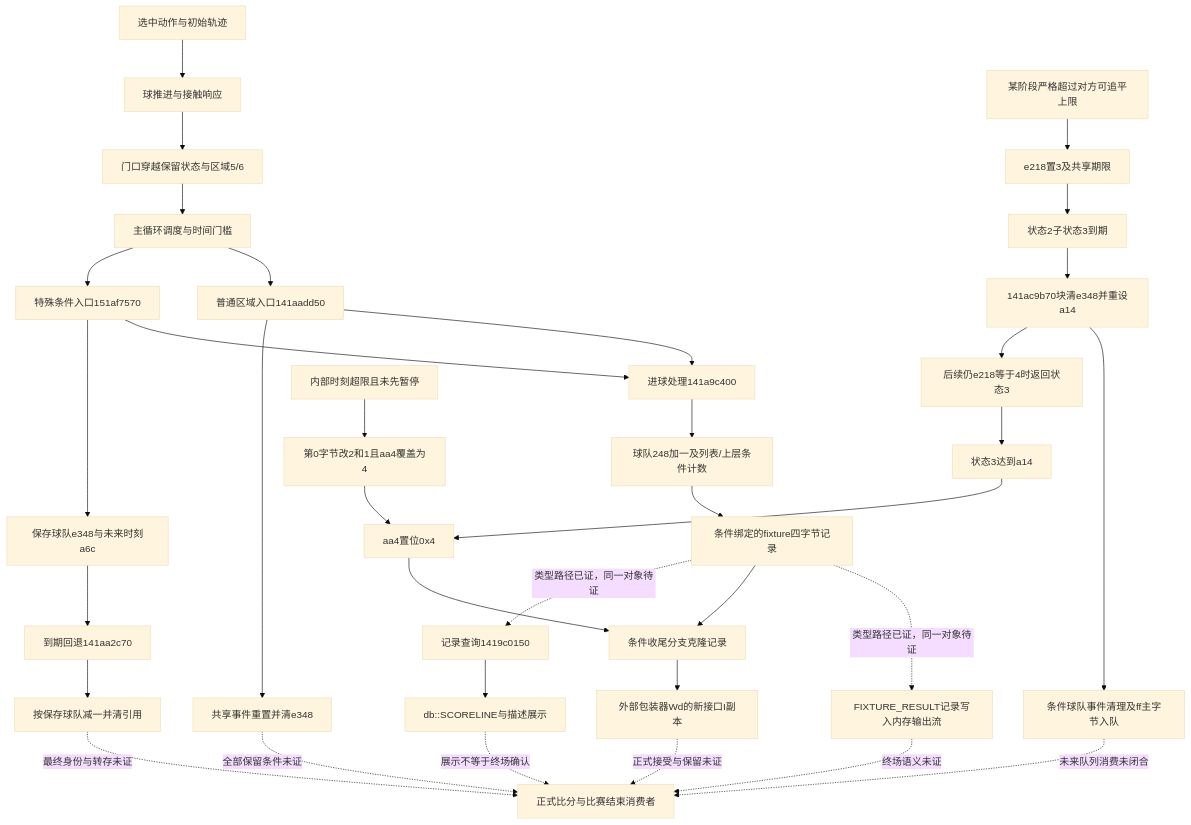
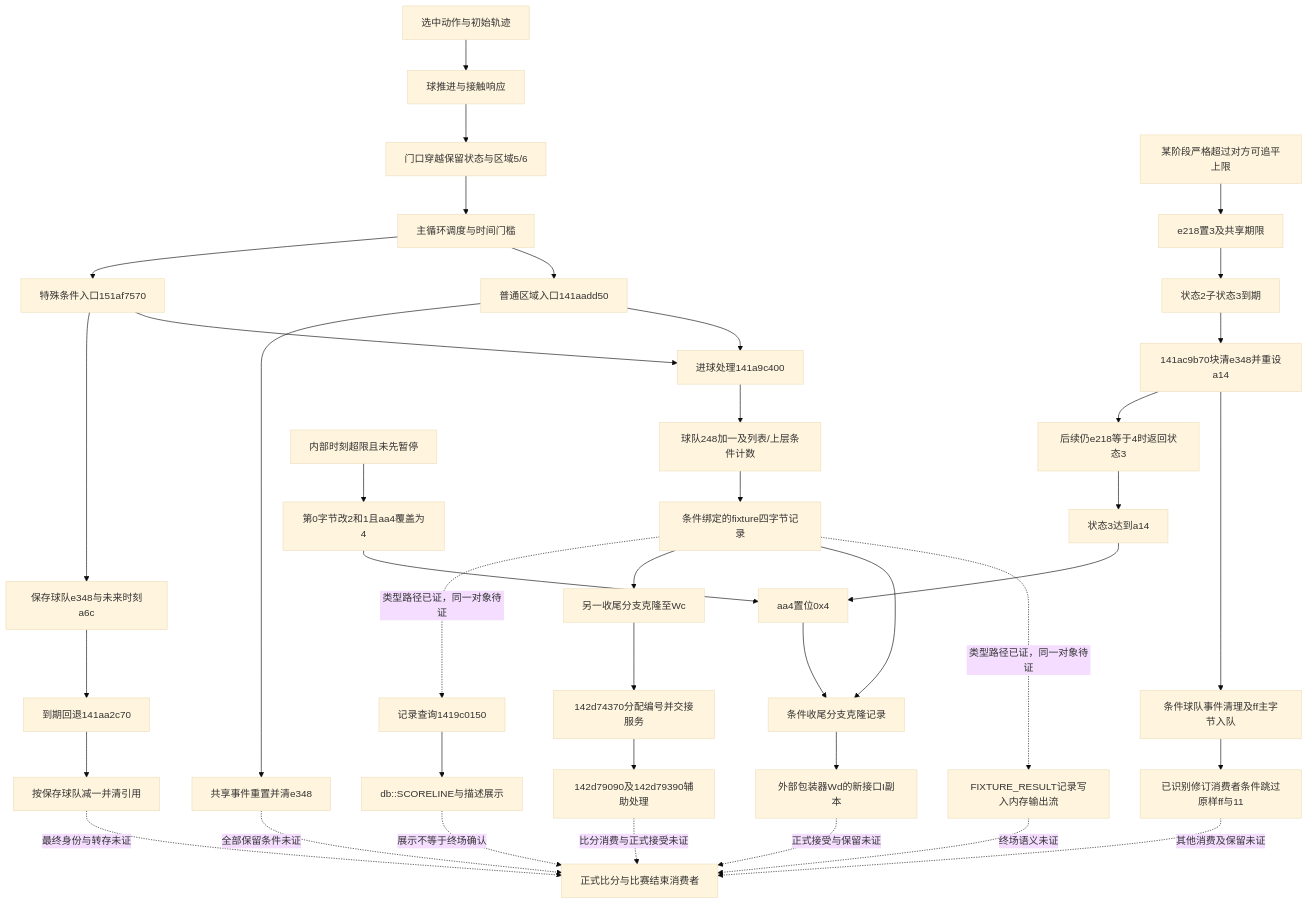
The diagram in RESEARCH_MAP.md (appleface2050/FM24-Engine-Research), drawn with Mermaid (base theme) before and after one commit. The commit also changed other lines of this file and 7 other files, not shown here.

````diff
--- a/RESEARCH_MAP.md
+++ b/RESEARCH_MAP.md
@@ -20,37 +20,42 @@
 ```mermaid
 flowchart TD
     A[选中动作与初始轨迹] --> B[球推进与接触响应]
     B --> C[门口穿越保留状态与区域5/6]
     C --> D[主循环调度与时间门槛]
     D --> E[普通区域入口141aadd50]
     E --> F[进球处理141a9c400]
     F --> G[球队248加一及列表/上层条件计数]
     E --> H[共享事件重置并清e348]
     D --> I[特殊条件入口151af7570]
     I --> F
     I --> J[保存球队e348与未来时刻a6c]
     J --> K[到期回退141aa2c70]
     K --> L[按保存球队减一并清引用]
     G --> N[条件绑定的fixture四字节记录]
     N -. 类型路径已证，同一对象待证 .-> O[FIXTURE_RESULT记录写入内存输出流]
     O -. 终场语义未证 .-> M[正式比分与比赛结束消费者]
     N --> R[条件收尾分支克隆记录]
     Z[某阶段严格超过对方可追平上限] --> ZZ[e218置3及共享期限]
     ZZ --> AA[状态2子状态3到期]
     AA --> AB[141ac9b70块清e348并重设a14]
     AB --> AD[条件球队事件清理及ff主字节入队]
-    AD -. 未来队列消费未闭合 .-> M
+    AD --> AE[已识别修订消费者条件跳过原样ff与11]
+    AE -. 其他消费及保留未证 .-> M
     AB --> AC[后续仍e218等于4时返回状态3]
     AC --> V[状态3达到a14]
     V --> U[aa4置位0x4]
     W[内部时刻超限且未先暂停] --> Y[第0字节改2和1且aa4覆盖为4]
     Y --> U
     U --> R
     R --> S[外部包装器Wd的新接口I副本]
     S -. 正式接受与保留未证 .-> M
+    N --> AF[另一收尾分支克隆至Wc]
+    AF --> AG[142d74370分配编号并交接服务]
+    AG --> AH[142d79090及142d79390辅助处理]
+    AH -. 比分消费与正式接受未证 .-> M
     N -. 类型路径已证，同一对象待证 .-> P[记录查询1419c0150]
     P --> Q[db::SCORELINE与描述展示]
     Q -. 展示不等于终场确认 .-> M
     L -. 最终身份与转存未证 .-> M
     H -. 全部保留条件未证 .-> M
 ```
````
